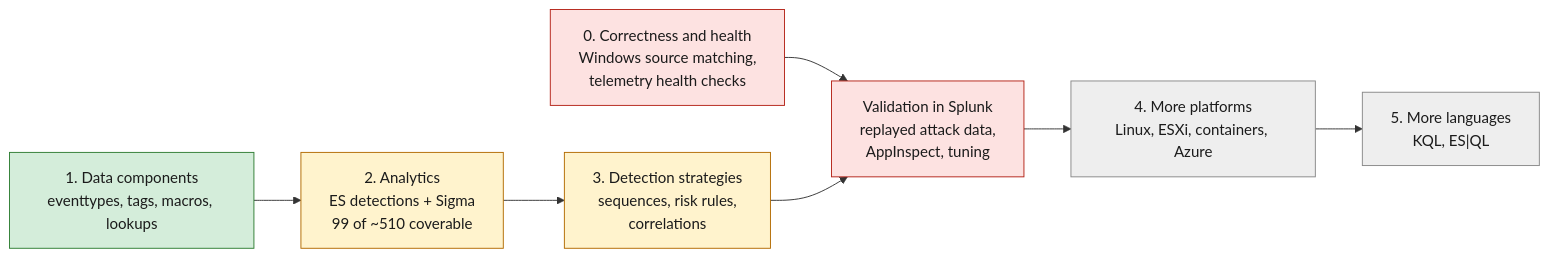
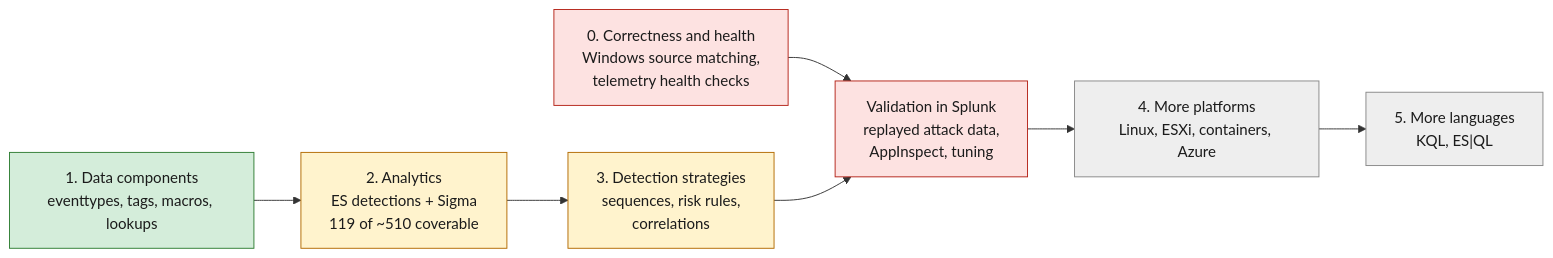
Before and after one commit to dev-nobytes-io/mitre-defensive-mappings-spl: the diagram in docs/roadmap.md, drawn with Mermaid. The commit also changed other lines of this file and 71 other files, not shown here.

````diff
--- a/docs/roadmap.md
+++ b/docs/roadmap.md
@@ -5,17 +5,17 @@
 ```mermaid
 flowchart LR
   P1["1. Data components<br/>eventtypes, tags, macros, lookups"]:::done
-  P2["2. Analytics<br/>ES detections + Sigma<br/>99 of ~510 coverable"]:::part
+  P2["2. Analytics<br/>ES detections + Sigma<br/>119 of ~510 coverable"]:::part
   P3["3. Detection strategies<br/>sequences, risk rules,<br/>correlations"]:::part
   P0["0. Correctness and health<br/>Windows source matching,<br/>telemetry health checks"]:::next
   PV["Validation in Splunk<br/>replayed attack data,<br/>AppInspect, tuning"]:::next
   P4["4. More platforms<br/>Linux, ESXi, containers, Azure"]:::later
   P5["5. More languages<br/>KQL, ES|QL"]:::later
   P1 --> P2 --> P3
   P0 --> PV
   P3 --> PV --> P4 --> P5
   classDef done fill:#d4edda,stroke:#2e7d32,color:#1b1b1b
   classDef part fill:#fff3cd,stroke:#b26a00,color:#1b1b1b
   classDef next fill:#fde2e1,stroke:#b42318,color:#1b1b1b
   classDef later fill:#eeeeee,stroke:#888,color:#1b1b1b
 ```
````
